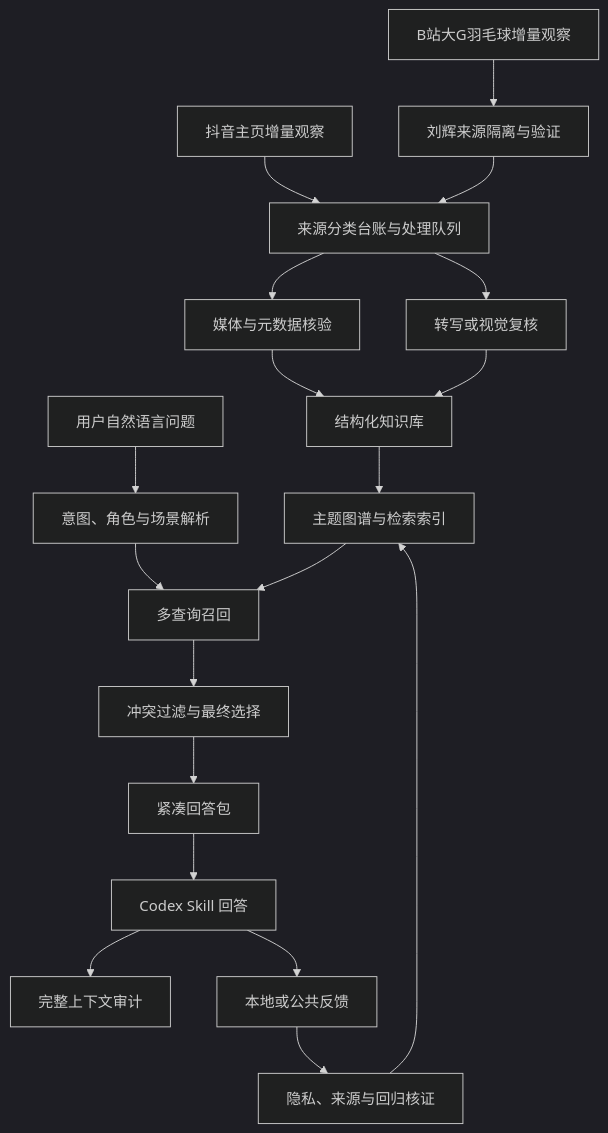
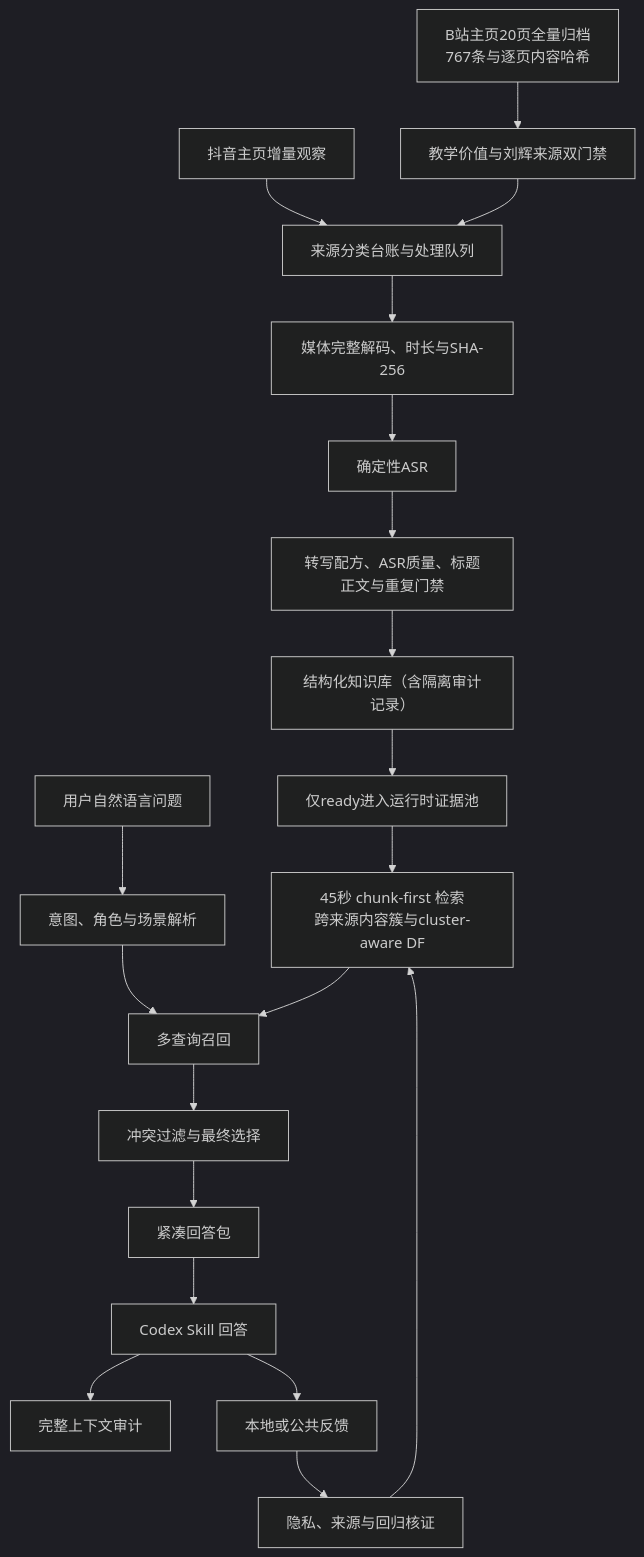
The diagram in README.md (MuyuanGuo/badminton-skills-coach), drawn with Mermaid (dark theme) before and after one commit. The commit also changed other lines of this file and 90 other files, not shown here.

````diff
--- a/README.md
+++ b/README.md
@@ -83,21 +83,22 @@
 ```mermaid
 flowchart TD
     A1["抖音主页增量观察"] --> B["来源分类台账与处理队列"]
-    A2["B站大G羽毛球增量观察"] --> O["刘辉来源隔离与验证"]
+    A2["B站主页20页全量归档<br/>767条与逐页内容哈希"] --> O["教学价值与刘辉来源双门禁"]
     O --> B
-    B --> C["媒体与元数据核验"]
-    B --> D["转写或视觉复核"]
-    C --> E["结构化知识库"]
-    D --> E
-    E --> F["主题图谱与检索索引"]
+    B --> C["媒体完整解码、时长与SHA-256"]
+    C --> D["确定性ASR"]
+    D --> P["转写配方、ASR质量、标题正文与重复门禁"]
+    P --> E["结构化知识库（含隔离审计记录）"]
+    E --> R["仅ready进入运行时证据池"]
+    R --> F["45秒 chunk-first 检索<br/>跨来源内容簇与cluster-aware DF"]
     Q["用户自然语言问题"] --> G["意图、角色与场景解析"]
     G --> H["多查询召回"]
     F --> H
     H --> I["冲突过滤与最终选择"]
     I --> J["紧凑回答包"]
     J --> K["Codex Skill 回答"]
     K --> L["完整上下文审计"]
     K --> M["本地或公共反馈"]
     M --> N["隐私、来源与回归核证"]
     N --> F
 ```
````
